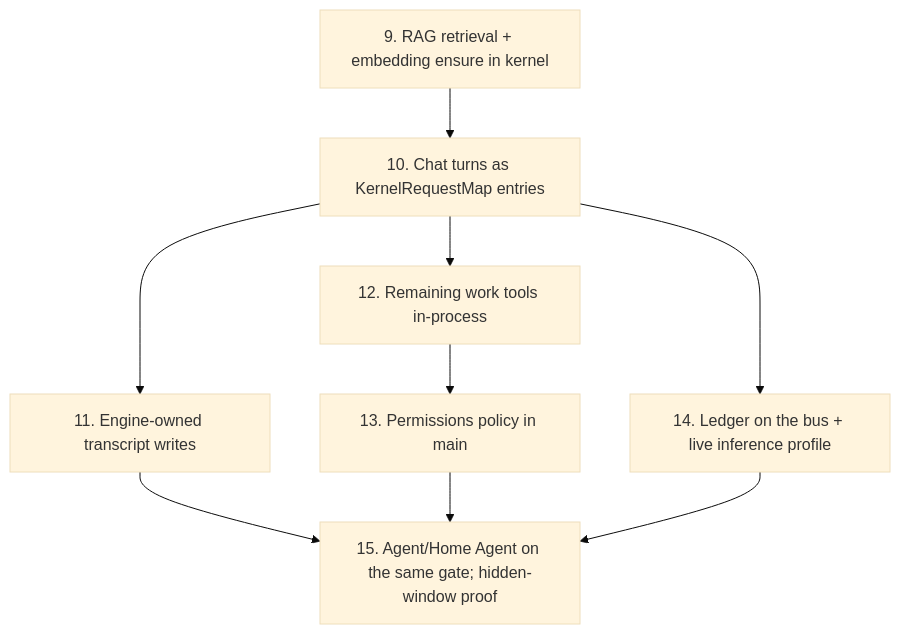
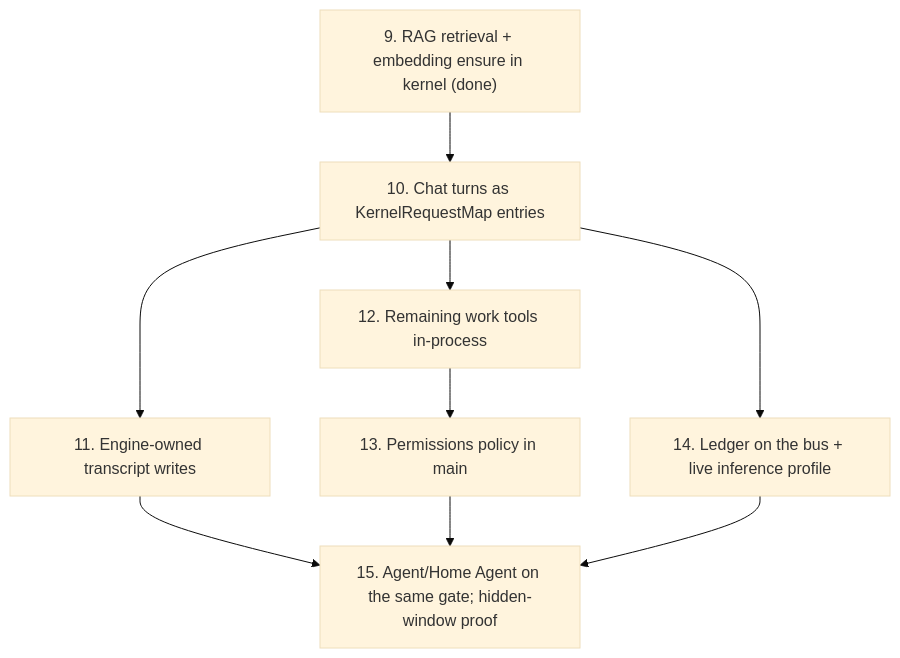
Before and after one commit to TNG/AI-Playground: the seventh of 7 diagrams in docs/architecture-target.md, drawn with Mermaid (base theme). The commit also changed other lines of this file and 25 other files, not shown here.

````diff
--- a/docs/architecture-target.md
+++ b/docs/architecture-target.md
@@ -1081,17 +1082,17 @@
 ```mermaid
 flowchart TD
-  s9["9. RAG retrieval + embedding ensure in kernel"]
+  s9["9. RAG retrieval + embedding ensure in kernel (done)"]
   s10["10. Chat turns as KernelRequestMap entries"]
   s11["11. Engine-owned transcript writes"]
   s12["12. Remaining work tools in-process"]
   s13["13. Permissions policy in main"]
   s14["14. Ledger on the bus + live inference profile"]
   s15["15. Agent/Home Agent on the same gate; hidden-window proof"]
 
   s9 --> s10 --> s11
   s10 --> s12 --> s13
   s10 --> s14
   s11 --> s15
   s13 --> s15
   s14 --> s15
 ```
````
